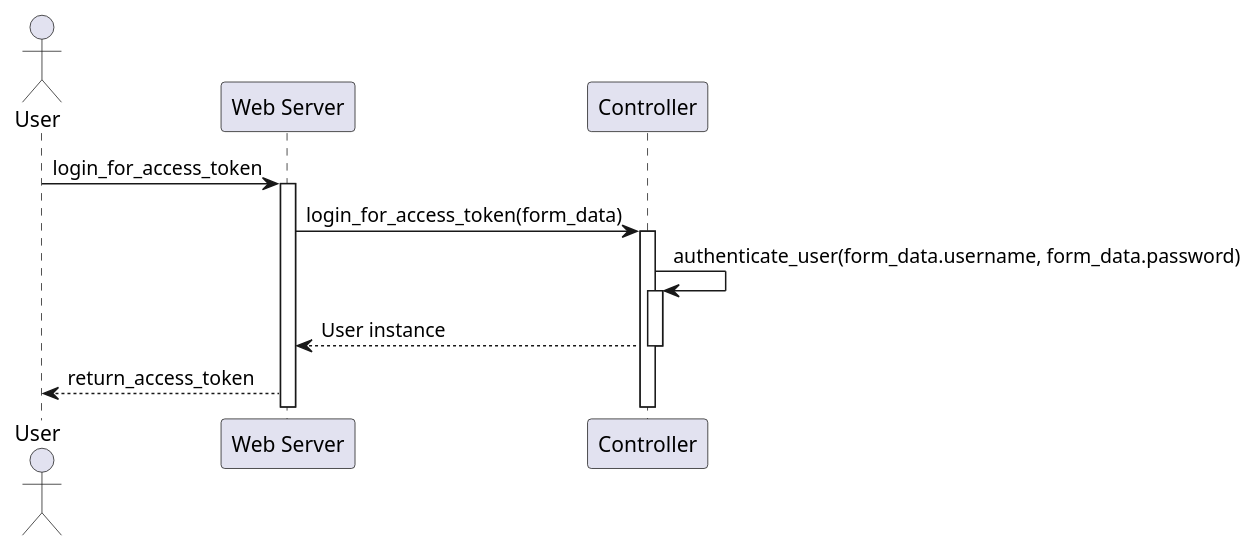
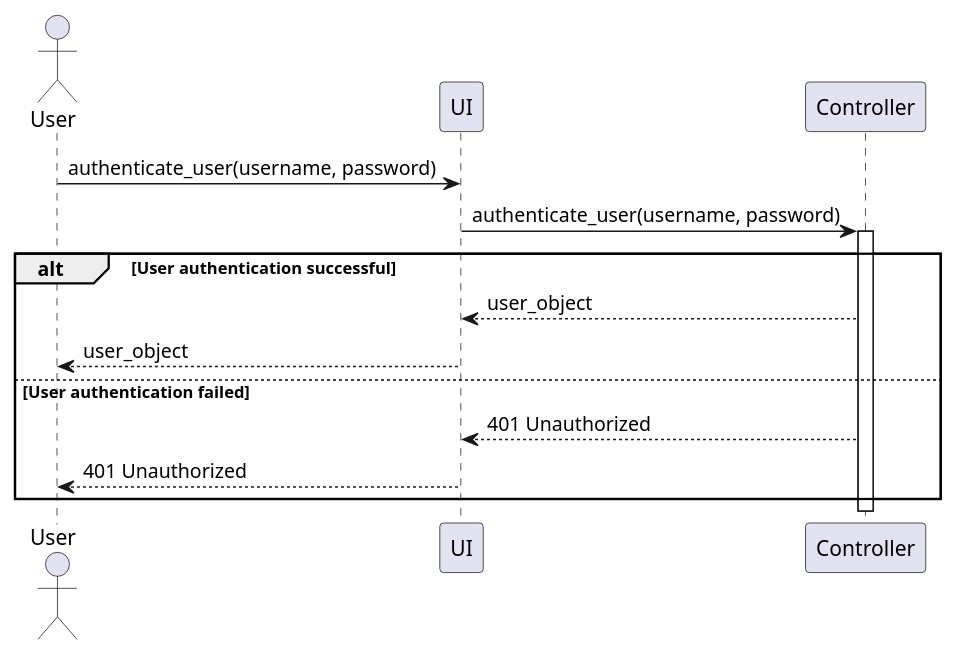
The diagram in diagrams/plantuml/authen(login).puml (KMITLSuicide/KMITL-ObjectOrientedProgramming-Project), drawn with PlantUML before and after one commit. The commit also changed 16 other files, not shown here.

```diff
--- a/diagrams/plantuml/authen(login).puml
+++ b/diagrams/plantuml/authen(login).puml
@@ -1,19 +1,19 @@
-@startuml Authentication
+@startuml
+
 actor User
-
-participant "Web Server" as Server
+participant "UI" as Server
 participant Controller
 
 
-User -> Server: login_for_access_token
-activate Server
-
-Server -> Controller: login_for_access_token(form_data)
+User -> Server: authenticate_user(username, password)
+Server -> Controller: authenticate_user(username, password)
 activate Controller
-Controller -> Controller: authenticate_user(form_data.username, form_data.password)
-activate Controller
-Controller --> Server: User instance
-deactivate Controller
-Server --> User: return_access_token
+alt User authentication successful
+    Controller --> Server: user_object
+    Server --> User: user_object
+else User authentication failed
+    Controller --> Server: 401 Unauthorized
+    Server --> User: 401 Unauthorized
+end
 
 @enduml
```
